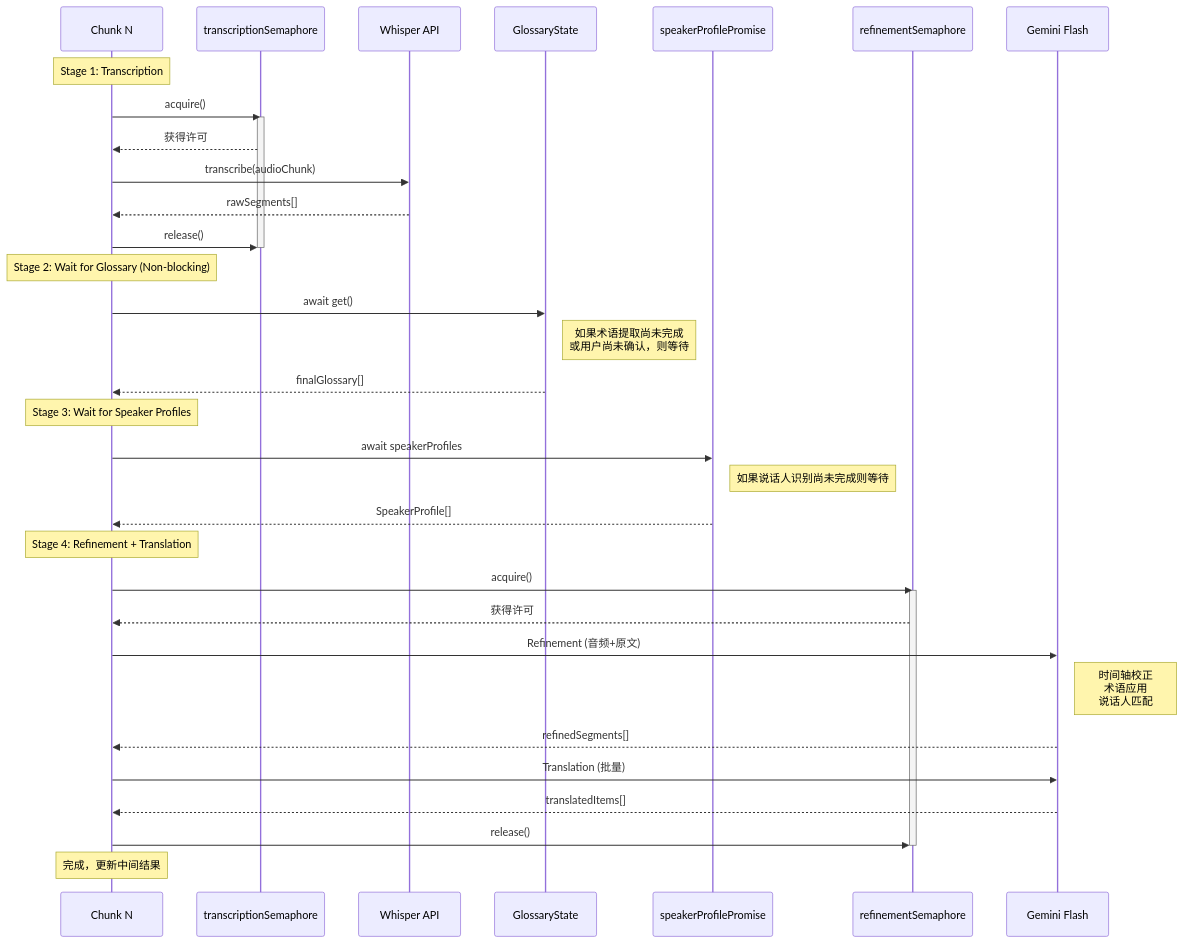
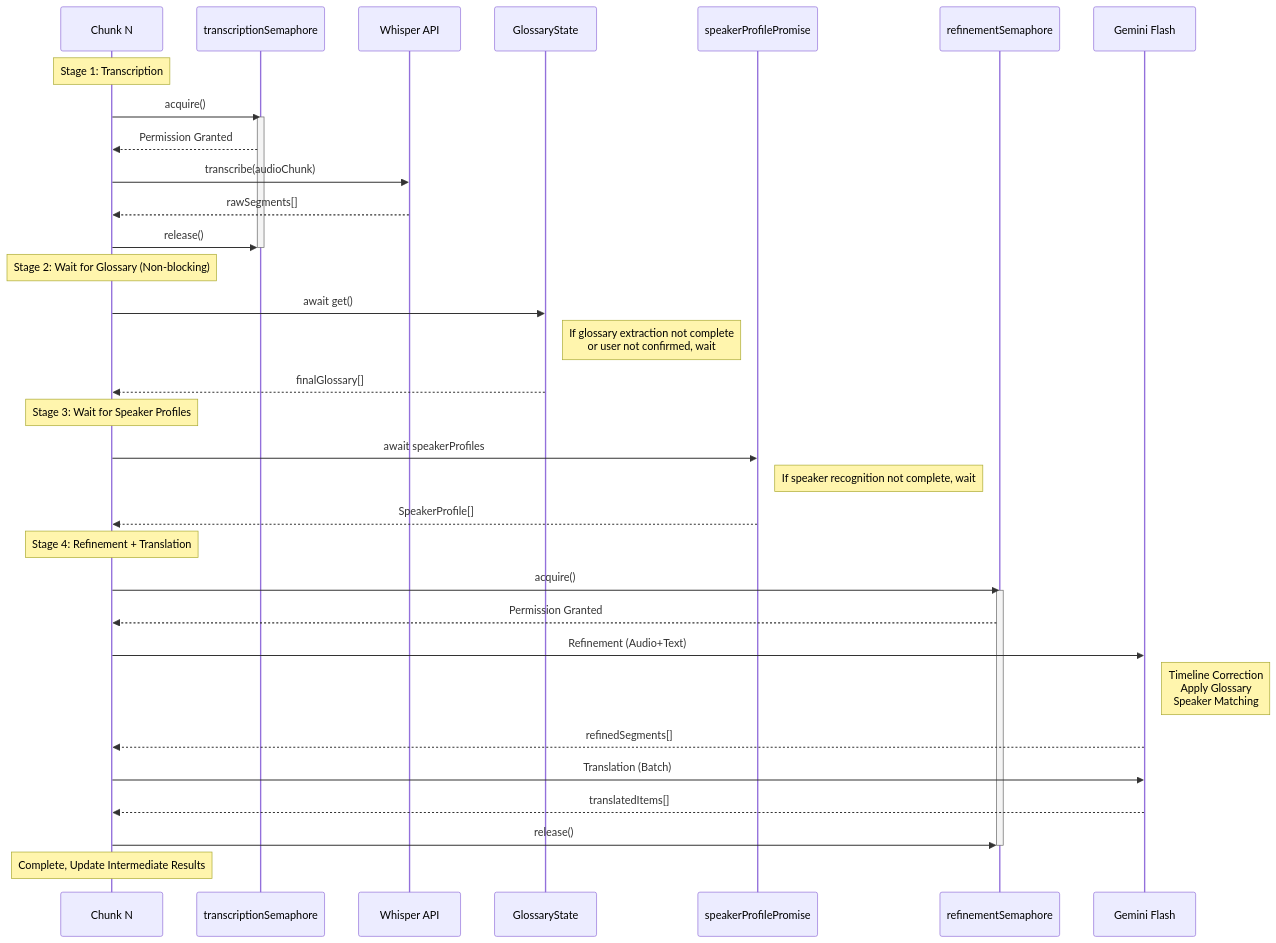
Before and after one commit to corvo007/MioSub: the sixth of 14 diagrams in docs/ARCHITECTURE.md, drawn with Mermaid. The commit also changed other lines of this file and 3 other files, not shown here.

First line of the commit message:
docs: add bilingual README and ARCHITECTURE documentation

````diff
--- a/docs/ARCHITECTURE.md
+++ b/docs/ARCHITECTURE.md
@@ -531,46 +533,46 @@
 ```mermaid
 sequenceDiagram
     participant Chunk as Chunk N
     participant TSem as transcriptionSemaphore
     participant Whisper as Whisper API
     participant GState as GlossaryState
     participant SProm as speakerProfilePromise
     participant RSem as refinementSemaphore
     participant Gemini as Gemini Flash
 
     Note over Chunk: Stage 1: Transcription
     Chunk->>TSem: acquire()
     activate TSem
-    TSem-->>Chunk: 获得许可
+    TSem-->>Chunk: Permission Granted
     Chunk->>Whisper: transcribe(audioChunk)
     Whisper-->>Chunk: rawSegments[]
     Chunk->>TSem: release()
     deactivate TSem
 
     Note over Chunk: Stage 2: Wait for Glossary (Non-blocking)
     Chunk->>GState: await get()
-    Note right of GState: 如果术语提取尚未完成<br/>或用户尚未确认，则等待
+    Note right of GState: If glossary extraction not complete<br/>or user not confirmed, wait
     GState-->>Chunk: finalGlossary[]
 
     Note over Chunk: Stage 3: Wait for Speaker Profiles
     Chunk->>SProm: await speakerProfiles
-    Note right of SProm: 如果说话人识别尚未完成则等待
+    Note right of SProm: If speaker recognition not complete, wait
     SProm-->>Chunk: SpeakerProfile[]
 
     Note over Chunk: Stage 4: Refinement + Translation
     Chunk->>RSem: acquire()
     activate RSem
-    RSem-->>Chunk: 获得许可
+    RSem-->>Chunk: Permission Granted
 
-    Chunk->>Gemini: Refinement (音频+原文)
-    Note right of Gemini: 时间轴校正<br/>术语应用<br/>说话人匹配
+    Chunk->>Gemini: Refinement (Audio+Text)
+    Note right of Gemini: Timeline Correction<br/>Apply Glossary<br/>Speaker Matching
     Gemini-->>Chunk: refinedSegments[]
 
-    Chunk->>Gemini: Translation (批量)
+    Chunk->>Gemini: Translation (Batch)
     Gemini-->>Chunk: translatedItems[]
 
     Chunk->>RSem: release()
     deactivate RSem
 
-    Note over Chunk: 完成，更新中间结果
+    Note over Chunk: Complete, Update Intermediate Results
 ```
````
